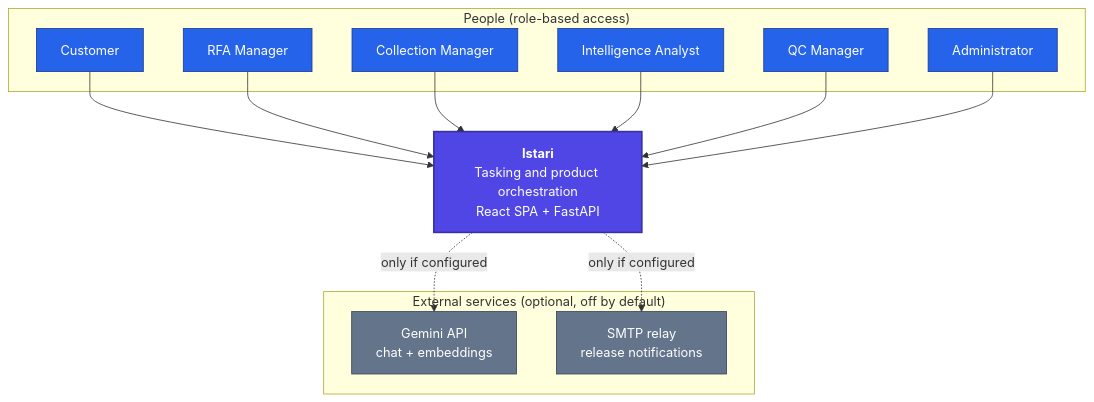
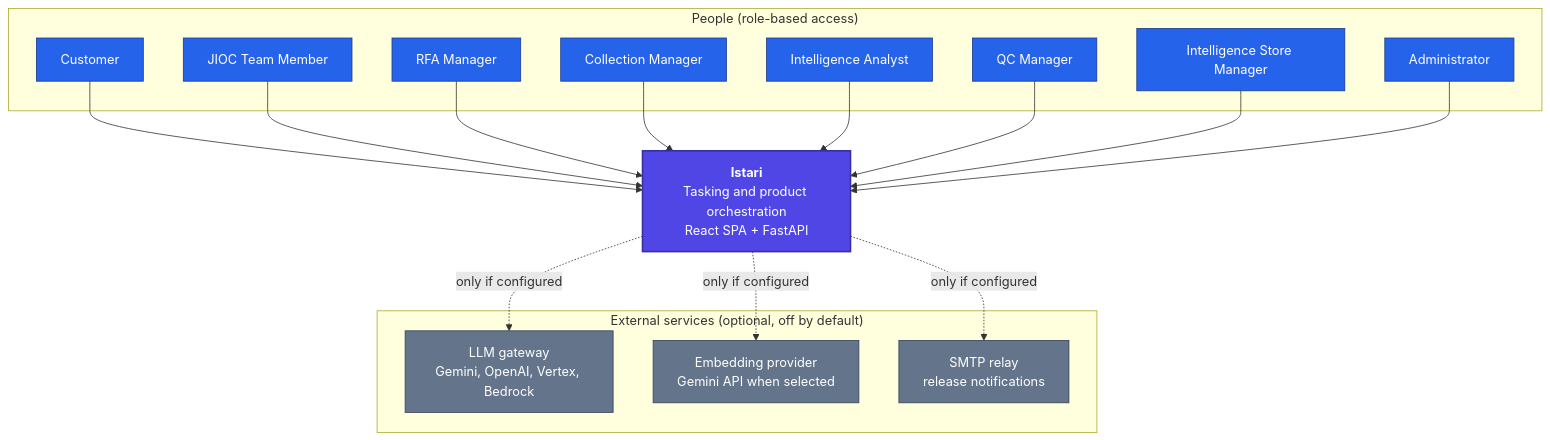
One commit to ShabalalaWATP/Coeus changed the first of 4 diagrams in docs/ARCHITECTURE.md. Above: the diagram before and after it, drawn with Mermaid. The commit also changed other lines of this file and 279 other files, not shown here.

````diff
--- a/docs/ARCHITECTURE.md
+++ b/docs/ARCHITECTURE.md
@@ -42,34 +43,40 @@
 ```mermaid
 flowchart TB
     subgraph people["People (role-based access)"]
         CUST["Customer"]
+        JIOC["JIOC Team Member"]
         RFA["RFA Manager"]
         CM["Collection Manager"]
         AN["Intelligence Analyst"]
         QC["QC Manager"]
+        STORE["Intelligence Store Manager"]
         ADM["Administrator"]
     end
 
     IST["<b>Istari</b><br/>Tasking and product orchestration<br/>React SPA + FastAPI"]
 
     subgraph ext["External services (optional, off by default)"]
-        GEM["Gemini API<br/>chat + embeddings"]
+        LLM["LLM gateway<br/>Gemini, OpenAI, Vertex, Bedrock"]
+        EMB["Embedding provider<br/>Gemini API when selected"]
         SMTP["SMTP relay<br/>release notifications"]
     end
 
     CUST --> IST
+    JIOC --> IST
     RFA --> IST
     CM --> IST
     AN --> IST
     QC --> IST
+    STORE --> IST
     ADM --> IST
-    IST -.->|"only if configured"| GEM
+    IST -.->|"only if configured"| LLM
+    IST -.->|"only if configured"| EMB
     IST -.->|"only if configured"| SMTP
 
     classDef actor fill:#2563eb,stroke:#1e3a8a,color:#fff,stroke-width:1px
     classDef core fill:#4f46e5,stroke:#3730a3,color:#fff,stroke-width:2px
     classDef ext fill:#64748b,stroke:#334155,color:#fff,stroke-width:1px
-    class CUST,RFA,CM,AN,QC,ADM actor
+    class CUST,JIOC,RFA,CM,AN,QC,STORE,ADM actor
     class IST core
-    class GEM,SMTP ext
+    class LLM,EMB,SMTP ext
 ```
````
